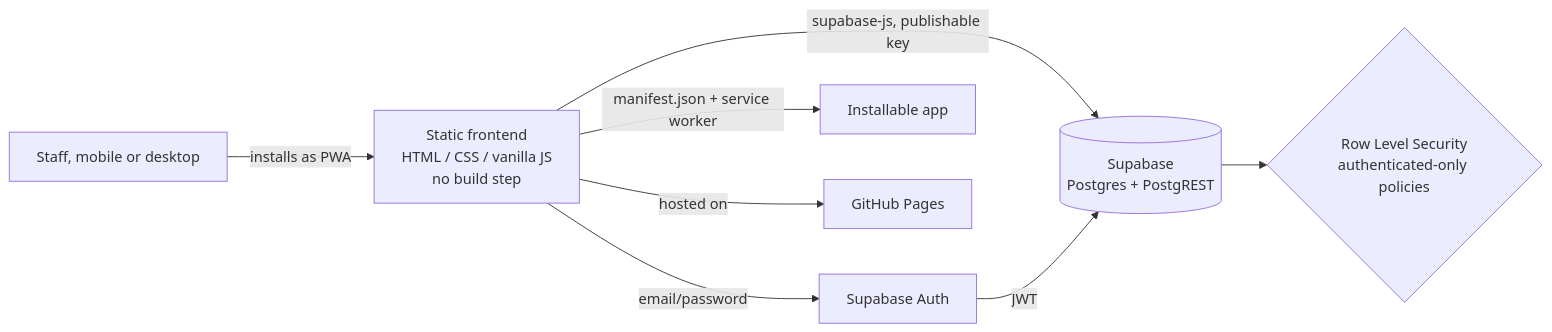
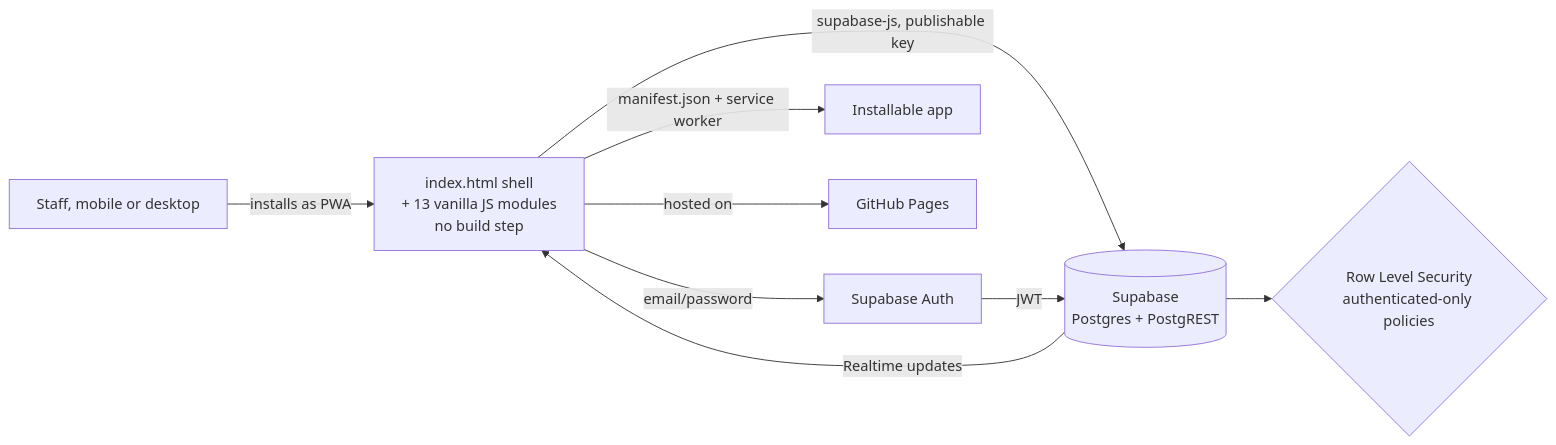
One commit to diegomarin28/sistema-parents-break changed the diagram in README.md. Above: the diagram before and after it, drawn with Mermaid. The commit also changed other lines of this file, not shown here.

First line of the commit message:
Revise README for stack and architecture updatesdocs: update README architecture for the 13-module JS split

````diff
--- a/README.md
+++ b/README.md
@@ -27,10 +28,11 @@
 ```mermaid
 flowchart LR
-    U[Staff, mobile or desktop] -->|installs as PWA| A[Static frontend\nHTML / CSS / vanilla JS\nno build step]
-    A -->|supabase-js, publishable key| S[(Supabase\nPostgres + PostgREST)]
-    A -->|email/password| Auth[Supabase Auth]
-    Auth -->|JWT| S
-    S --> RLS{Row Level Security\nauthenticated-only policies}
-    A -->|manifest.json + service worker| PWA[Installable app]
-    A -->|hosted on| GH[GitHub Pages]
+U[Staff, mobile or desktop] -->|installs as PWA| A[index.html shell\n+ 13 vanilla JS modules\nno build step]
+A -->|supabase-js, publishable key| S[(Supabase\nPostgres + PostgREST)]
+A -->|email/password| Auth[Supabase Auth]
+Auth -->|JWT| S
+S --> RLS{Row Level Security\nauthenticated-only policies}
+S -->|Realtime updates| A
+A -->|manifest.json + service worker| PWA[Installable app]
+A -->|hosted on| GH[GitHub Pages]
 ```
````
